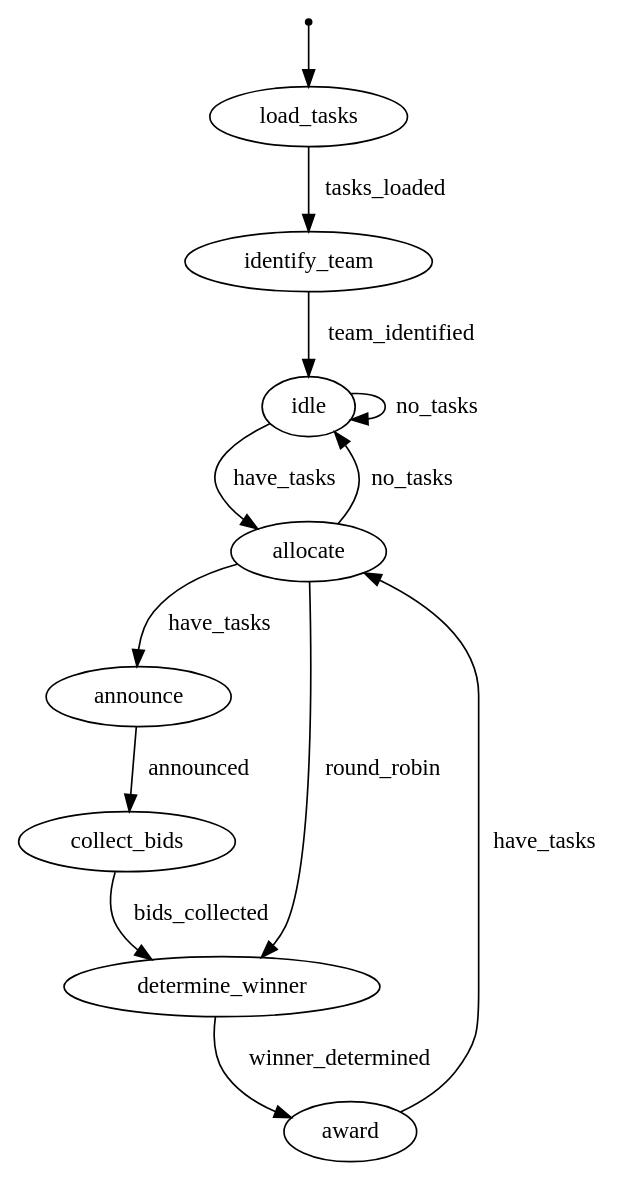
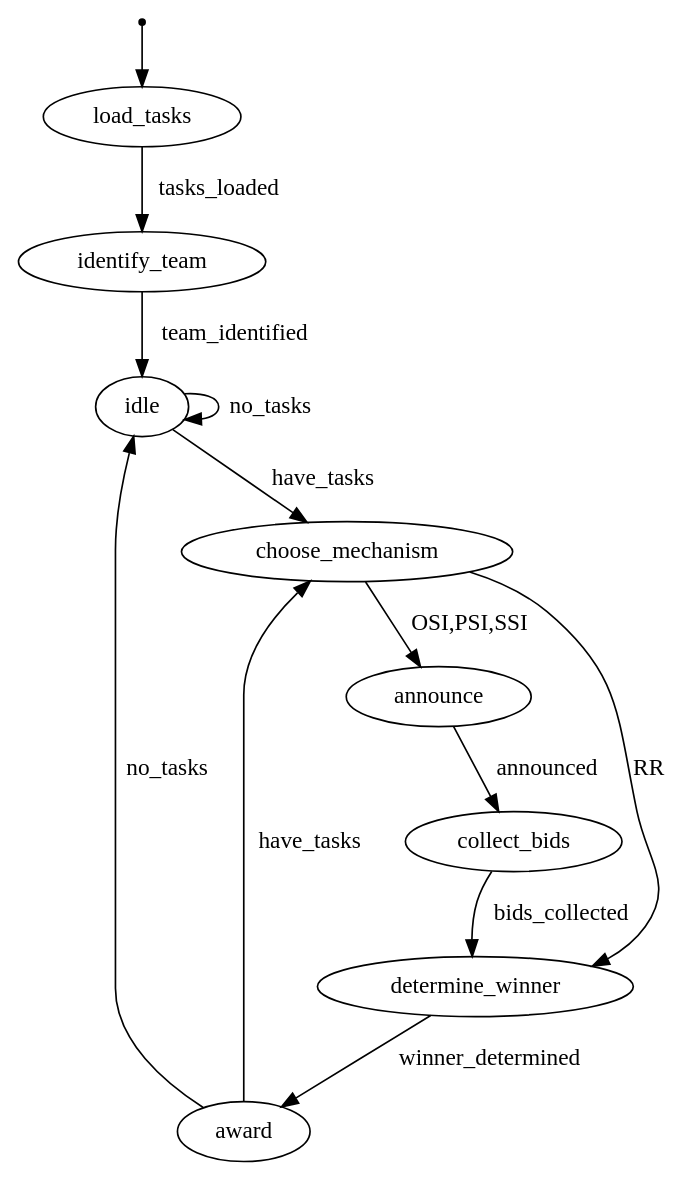
Before and after one commit to nitsuga/MRTeAm: the diagram in docs/auctioneer-fsm.dot, drawn with Graphviz. The commit also changed 2 other files, not shown here.

```diff
--- a/docs/auctioneer-fsm.dot
+++ b/docs/auctioneer-fsm.dot
@@ -1,31 +1,34 @@
 digraph auctioneer {
 #	rankdir=LR;
 	size="8,12"
 
 	# node [style=invis] START;
 	node [shape=point] start;
 	node [shape=ellipse, label="load_tasks"] load_tasks;
 	node [shape=ellipse, label="identify_team"] identify_team;
-	node [shape=ellipse, label="allocate"] allocate;
+#	node [shape=ellipse, label="allocate"] allocate;
 	node [shape=ellipse, label="announce"] announce;
 	node [shape=ellipse, label="collect_bids"] collect_bids;
 	node [shape=ellipse, label="determine_winner"] determine_winner;
 	node [shape=ellipse, label="award"] award;
 	node [shape=ellipse, label="idle"] idle;
+	node [shapr=ellipse, label="choose_mechanism"] choose_mechanism;
 	
 	start          -> load_tasks;
 	load_tasks     -> identify_team [label="tasks_loaded"];
 	identify_team  -> idle [label="team_identified"];
 
-	allocate       -> announce [label="have_tasks"];
-	allocate       -> determine_winner [label="round_robin"];
-	announce       -> collect_bids [label="announced"];
-	collect_bids   -> determine_winner [label="bids_collected"];
+	idle             -> choose_mechanism [label="have_tasks"];
+
+	choose_mechanism -> announce [label="OSI,PSI,SSI"];
+	choose_mechanism -> determine_winner [label="RR"];
+
+	announce         -> collect_bids [label="announced"];
+	collect_bids     -> determine_winner [label="bids_collected"];
 	determine_winner -> award [label="winner_determined"];
-	award            -> allocate [label="have_tasks"];
+
+	award            -> choose_mechanism [label="have_tasks"];
+	award            -> idle [label="no_tasks"];
 	
-	allocate       -> idle [label="no_tasks"];
-	idle           -> allocate [label="have_tasks"];
-	idle           -> idle [label="no_tasks"];
-	
+	idle             -> idle [label="no_tasks"];
 }
```
